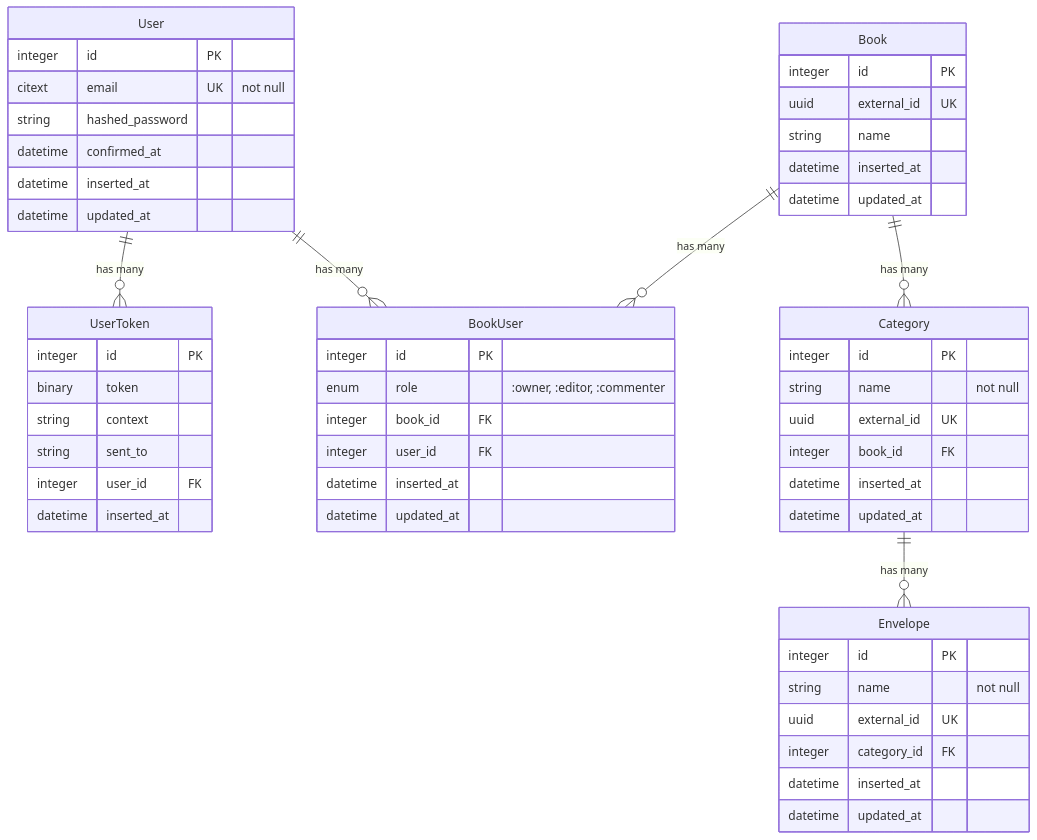
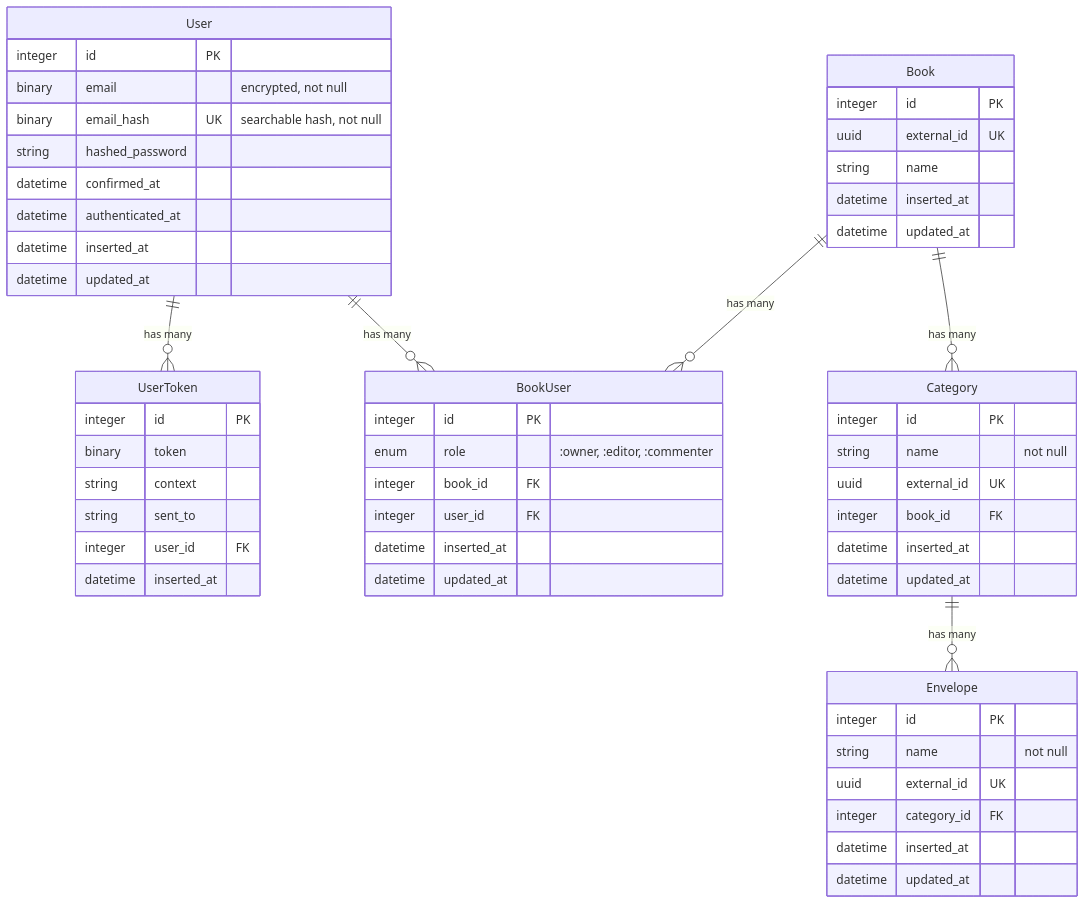
One commit to pursecraft/pursecraft changed the diagram in docs/database_schema.md. Above: the diagram before and after it, drawn with Mermaid. The commit also changed other lines of this file and 13 other files, not shown here.

Commit message:
Add encryption to User and UserToken schema

````diff
--- a/docs/database_schema.md
+++ b/docs/database_schema.md
@@ -5,61 +5,63 @@
 ```mermaid
 erDiagram
     User ||--o{ UserToken : "has many"
     User ||--o{ BookUser : "has many"
     Book ||--o{ BookUser : "has many"
     Book ||--o{ Category : "has many"
     Category ||--o{ Envelope : "has many"
     
     User {
         integer id PK
-        citext email UK "not null"
+        binary email "encrypted, not null"
+        binary email_hash UK "searchable hash, not null"
         string hashed_password
         datetime confirmed_at
+        datetime authenticated_at
         datetime inserted_at
         datetime updated_at
     }
     
     UserToken {
         integer id PK
         binary token
         string context
         string sent_to
         integer user_id FK
         datetime inserted_at
     }
     
     Book {
         integer id PK
         uuid external_id UK
         string name
         datetime inserted_at
         datetime updated_at
     }
     
     BookUser {
         integer id PK
         enum role ":owner, :editor, :commenter"
         integer book_id FK
         integer user_id FK
         datetime inserted_at
         datetime updated_at
     }
     
     Category {
         integer id PK
         string name "not null"
         uuid external_id UK
         integer book_id FK
         datetime inserted_at
         datetime updated_at
     }
     
     Envelope {
         integer id PK
         string name "not null"
         uuid external_id UK
         integer category_id FK
         datetime inserted_at
         datetime updated_at
     }
 ```
````
